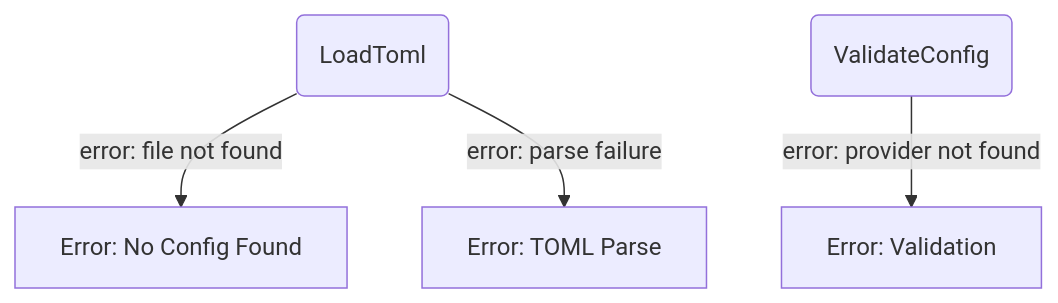
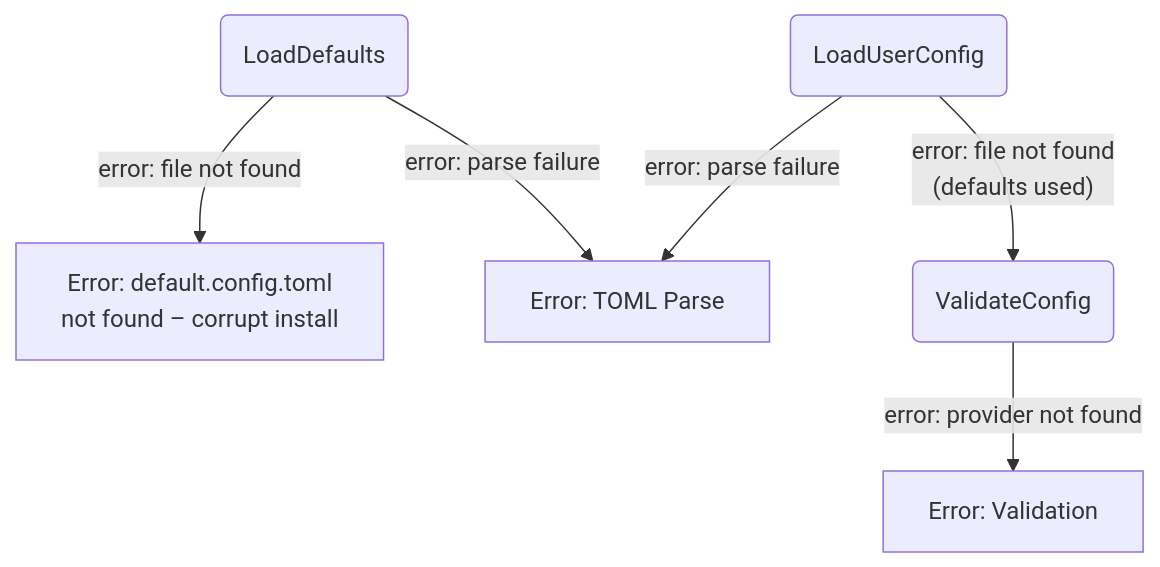
The second of 2 diagrams in _dfds/base/config.md (cosmoswafer/rockbot), drawn with Mermaid before and after one commit. The commit also changed other lines of this file and 4 other files, not shown here.

````diff
--- a/_dfds/base/config.md
+++ b/_dfds/base/config.md
@@ -38,12 +46,15 @@
 ```mermaid
 flowchart TD
-    LOAD(LoadToml)
-    ERR_NO_CFG[Error: No Config Found]
+    LOAD_DEF(LoadDefaults)
+    LOAD_USR(LoadUserConfig)
+    ERR_MISSING_DEF[Error: default.config.toml\nnot found – corrupt install]
     ERR_PARSE[Error: TOML Parse]
     ERR_VALID[Error: Validation]
     VALIDATE(ValidateConfig)
 
-    LOAD -->|"error: file not found"| ERR_NO_CFG
-    LOAD -->|"error: parse failure"| ERR_PARSE
+    LOAD_DEF -->|"error: file not found"| ERR_MISSING_DEF
+    LOAD_DEF -->|"error: parse failure"| ERR_PARSE
+    LOAD_USR -->|"error: parse failure"| ERR_PARSE
+    LOAD_USR -->|"error: file not found\n(defaults used)"| VALIDATE
     VALIDATE -->|"error: provider not found"| ERR_VALID
 ```
````
